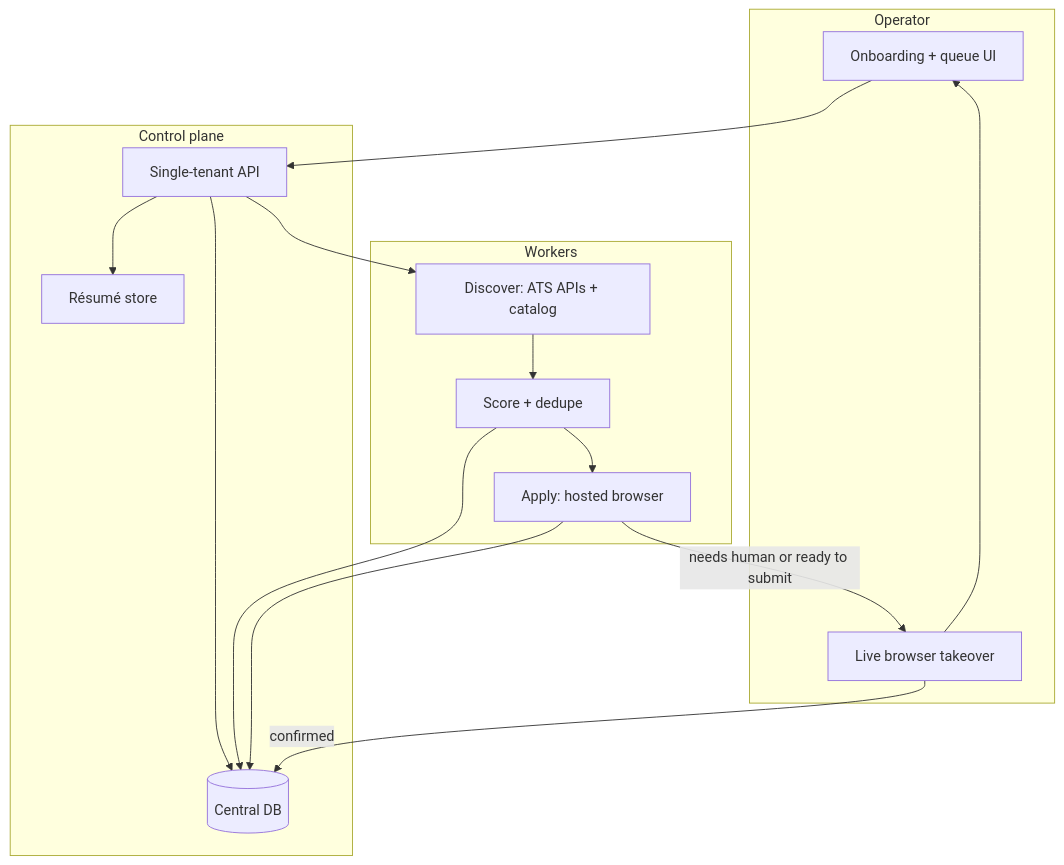
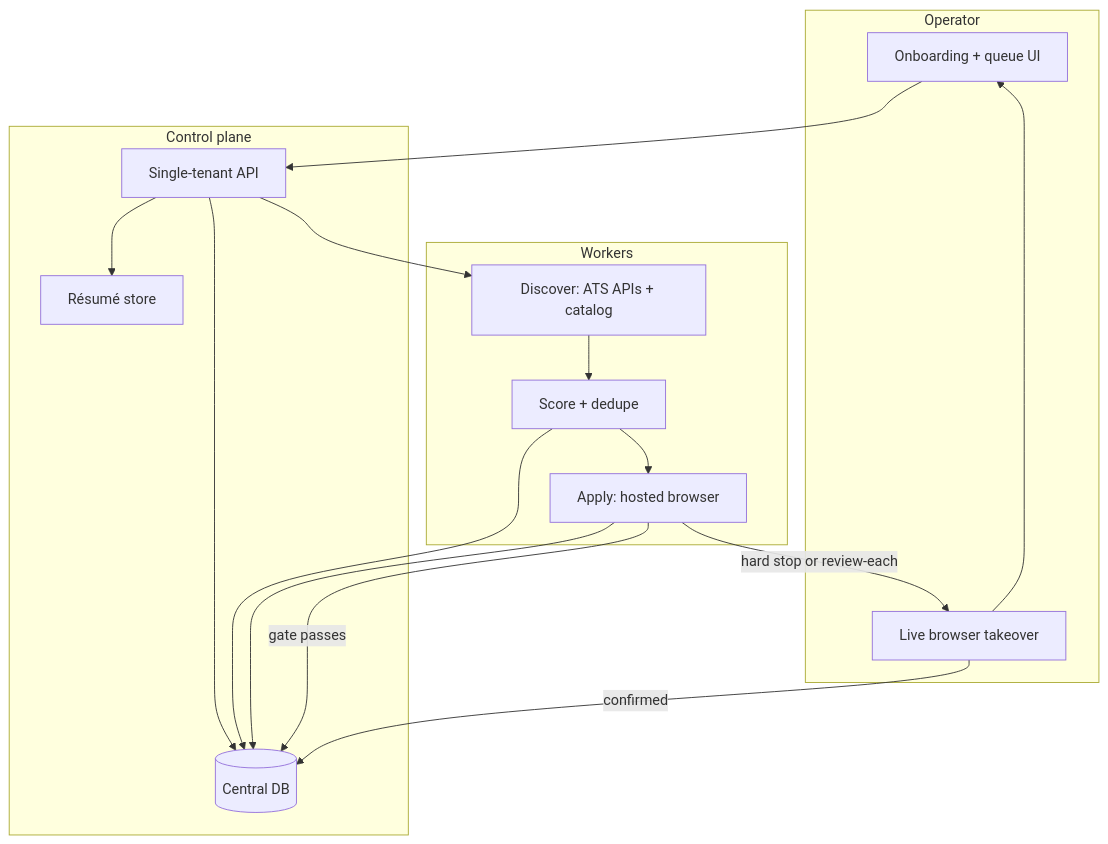
One commit to vaibhavarora14/job-application-agent changed the first of 4 diagrams in docs/cloud-mvp.md. Above: the diagram before and after it, drawn with Mermaid. The commit also changed other lines of this file, not shown here.

First line of the commit message:
docs: describe the end-user flow as screens, not workers

````diff
--- a/docs/cloud-mvp.md
+++ b/docs/cloud-mvp.md
@@ -74,31 +74,32 @@
 ```mermaid
 flowchart TB
   subgraph operator [Operator]
     UI[Onboarding + queue UI]
     Live[Live browser takeover]
   end
 
   subgraph control [Control plane]
     API[Single-tenant API]
     DB[(Central DB)]
     Files[Résumé store]
   end
 
   subgraph workers [Workers]
     Discover[Discover: ATS APIs + catalog]
     Score[Score + dedupe]
     Apply[Apply: hosted browser]
   end
 
   UI --> API
   API --> DB
   API --> Files
   API --> Discover
   Discover --> Score
   Score --> DB
   Score --> Apply
   Apply --> DB
-  Apply -->|needs human or ready to submit| Live
+  Apply -->|hard stop or review-each| Live
+  Apply -->|gate passes| DB
   Live --> UI
   Live -->|confirmed| DB
 ```
````
